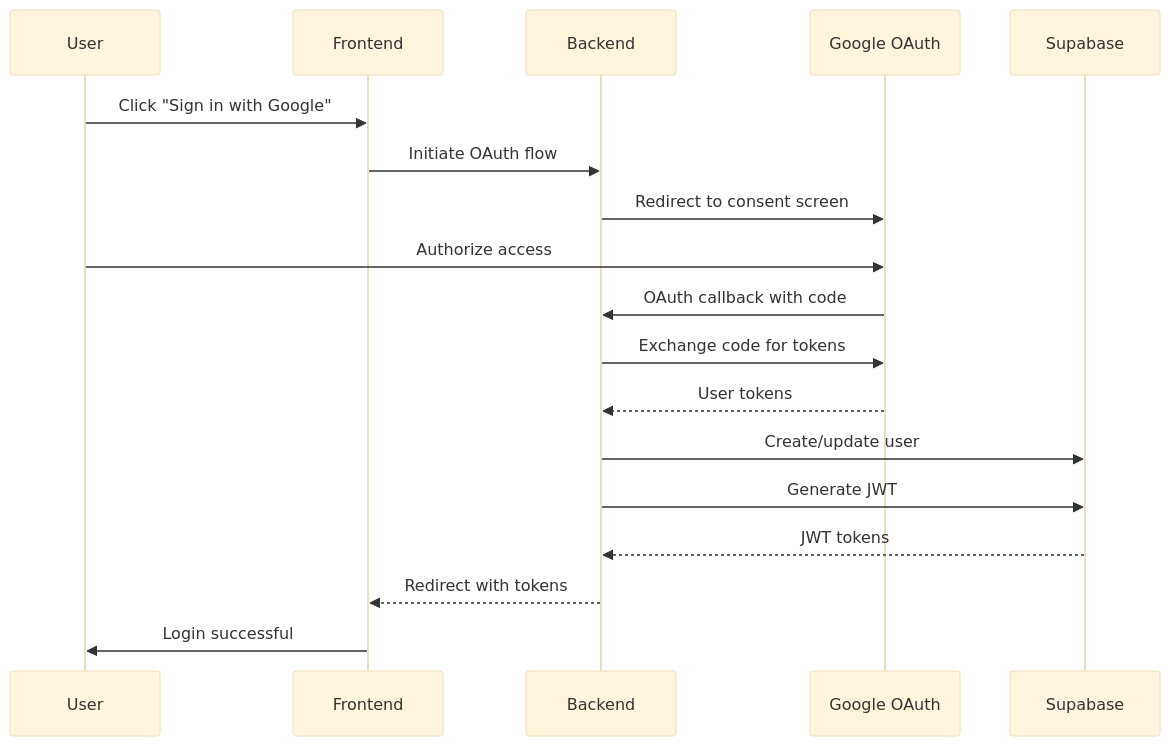
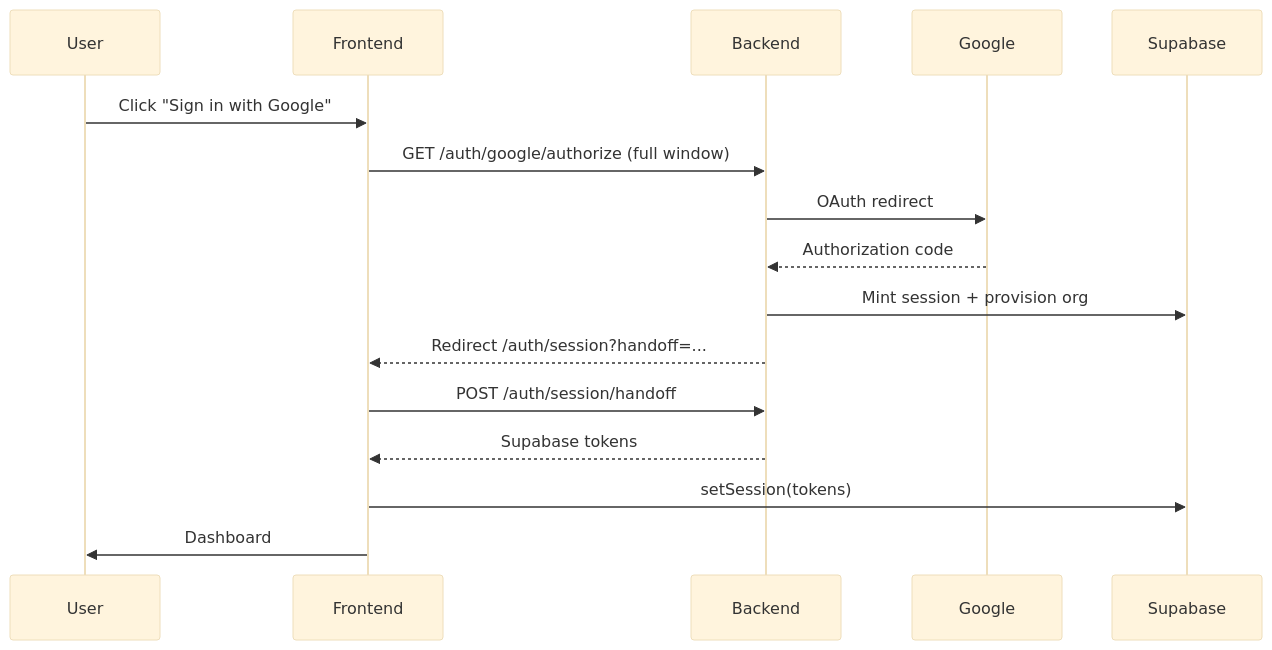
One commit to gauravdhiman/a1-voice-agent-platform changed the third of 10 diagrams in docs/02_features/authentication_rbac/overview.md. Above: the diagram before and after it, drawn with Mermaid (base theme). The commit also changed other lines of this file and 57 other files, not shown here.

First line of the commit message:
feat(auth): unify Google and LinkedIn sign-in via backend OAuth redirect

````diff
--- a/docs/02_features/authentication_rbac/overview.md
+++ b/docs/02_features/authentication_rbac/overview.md
@@ -105,21 +108,19 @@
 ```mermaid
 sequenceDiagram
     participant User as User
     participant FE as Frontend
     participant BE as Backend
-    participant Google as Google OAuth
+    participant Google as Google
     participant SB as Supabase
 
     User->>FE: Click "Sign in with Google"
-    FE->>BE: Initiate OAuth flow
-    BE->>Google: Redirect to consent screen
-    User->>Google: Authorize access
-    Google->>BE: OAuth callback with code
-    BE->>Google: Exchange code for tokens
-    Google-->>BE: User tokens
-    BE->>SB: Create/update user
-    BE->>SB: Generate JWT
-    SB-->>BE: JWT tokens
-    BE-->>FE: Redirect with tokens
-    FE->>User: Login successful
+    FE->>BE: GET /auth/google/authorize (full window)
+    BE->>Google: OAuth redirect
+    Google-->>BE: Authorization code
+    BE->>SB: Mint session + provision org
+    BE-->>FE: Redirect /auth/session?handoff=...
+    FE->>BE: POST /auth/session/handoff
+    BE-->>FE: Supabase tokens
+    FE->>SB: setSession(tokens)
+    FE->>User: Dashboard
 ```
````
